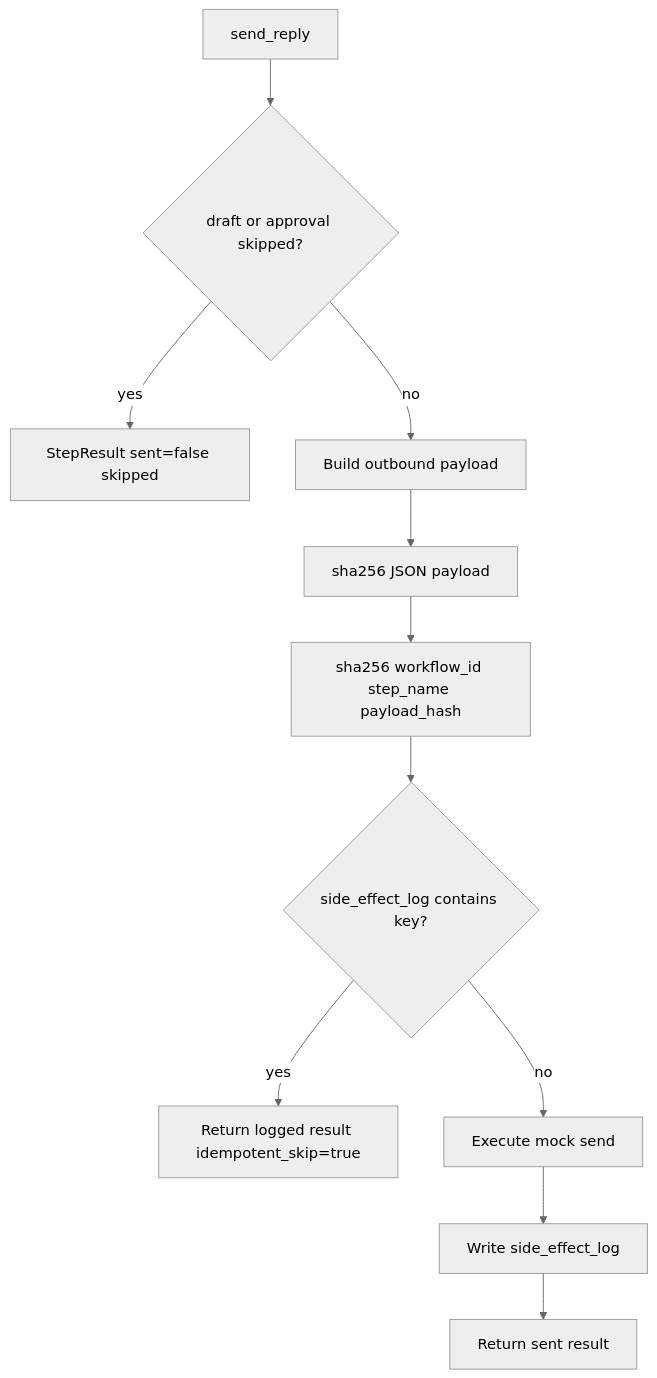
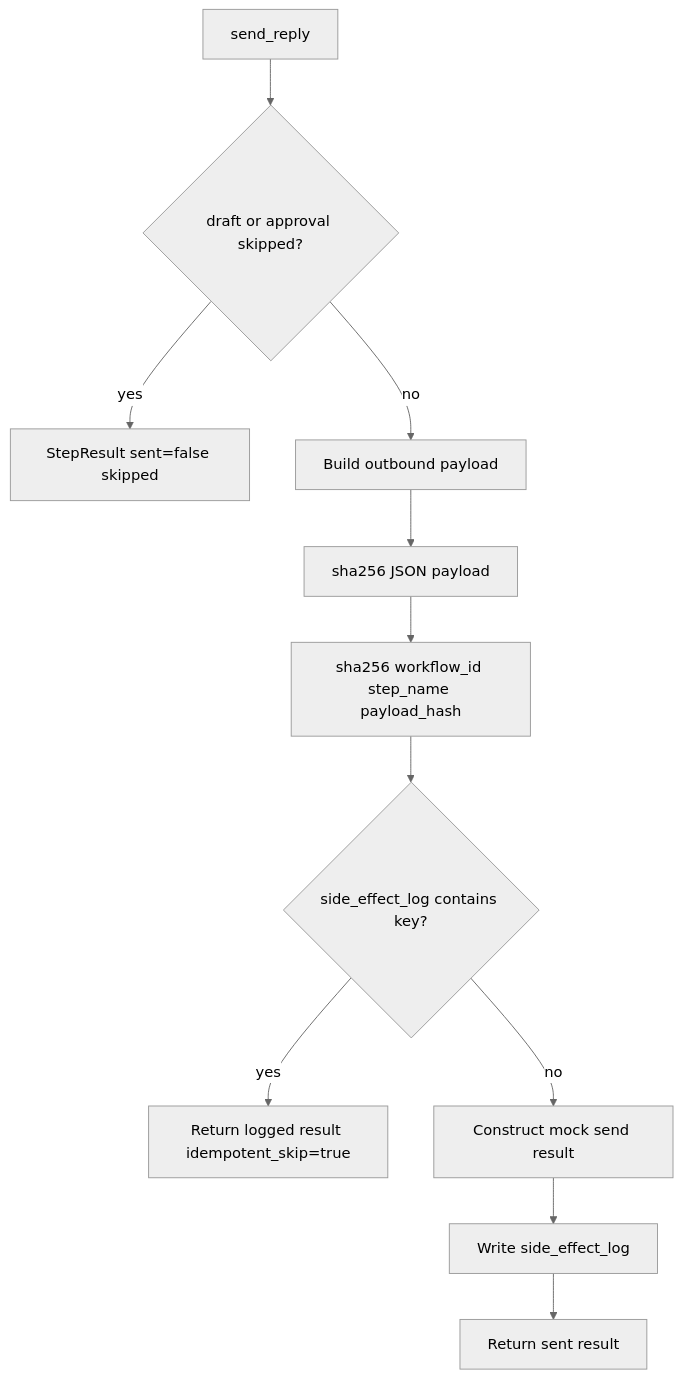
One commit to maxgregaabig/durableflow changed diagram 12 of 14 in docs/dflow-arch.md. Above: the diagram before and after it, drawn with Mermaid (neutral theme). The commit also changed other lines of this file and 7 other files, not shown here.

````diff
--- a/docs/dflow-arch.md
+++ b/docs/dflow-arch.md
@@ -427,13 +427,13 @@
 ```mermaid
 flowchart TD
     SendStep[send_reply] --> SkipCheck{draft or approval skipped?}
     SkipCheck -- yes --> NoOp[StepResult sent=false skipped]
     SkipCheck -- no --> Payload[Build outbound payload]
     Payload --> HashPayload[sha256 JSON payload]
     HashPayload --> Key[sha256 workflow_id step_name payload_hash]
     Key --> Lookup{side_effect_log contains key?}
     Lookup -- yes --> Existing[Return logged result idempotent_skip=true]
-    Lookup -- no --> SideEffect[Execute mock send]
-    SideEffect --> Log[Write side_effect_log]
+    Lookup -- no --> MockResult[Construct mock send result]
+    MockResult --> Log[Write side_effect_log]
     Log --> Result[Return sent result]
 ```
````
